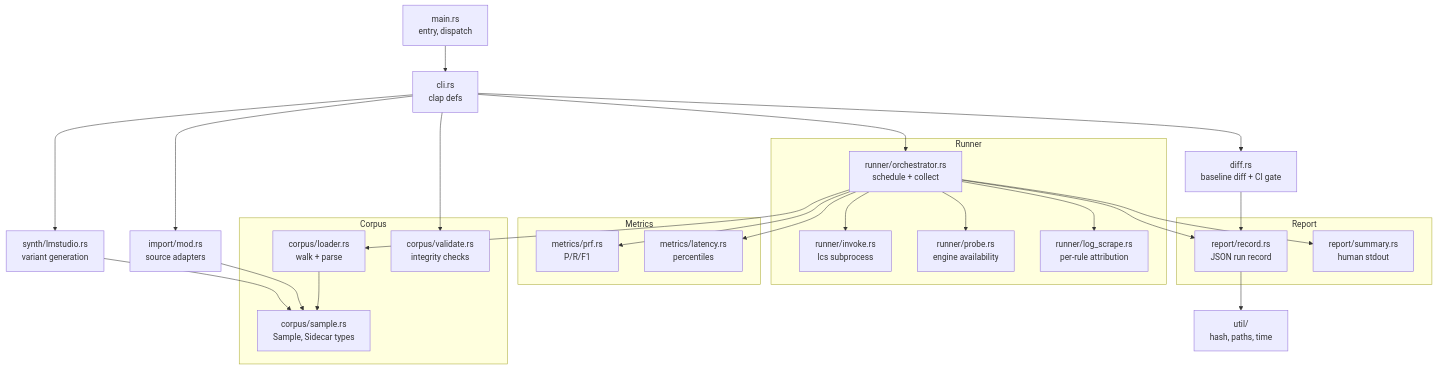
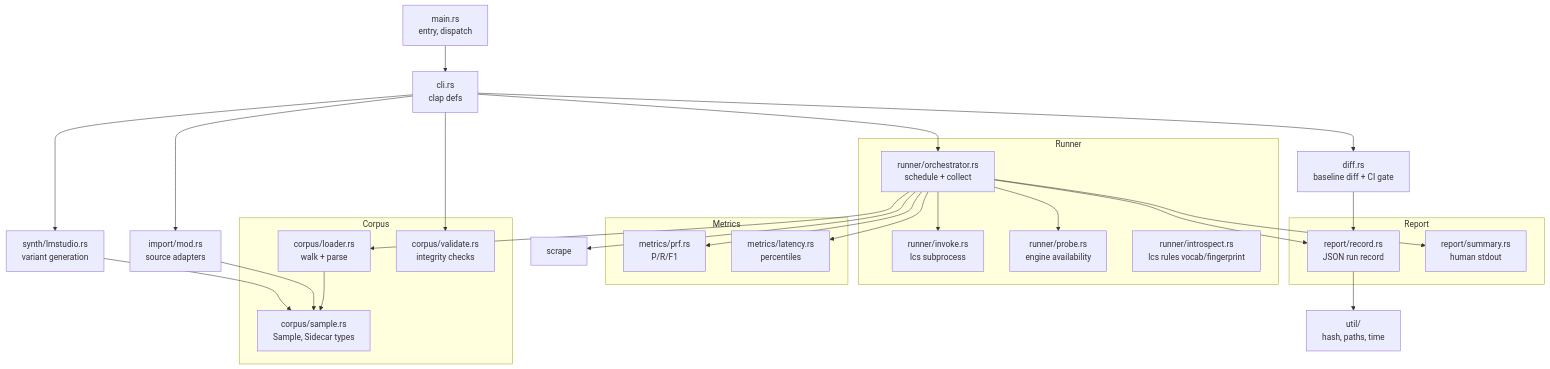
Before and after one commit to gatewaynode/shield-harness: the second of 8 diagrams in ARCHITECTURE.md, drawn with Mermaid. The commit also changed other lines of this file and 12 other files, not shown here.

Commit message:
feat(validate): wire lcs 0.5.2 rules-introspection into category check; drop obsoleted Phase 7 (1b.5)

````diff
--- a/ARCHITECTURE.md
+++ b/ARCHITECTURE.md
@@ -47,55 +47,55 @@
 ```mermaid
 flowchart TB
     main[main.rs<br/>entry, dispatch]
     cli[cli.rs<br/>clap defs]
 
     subgraph Corpus
         sample[corpus/sample.rs<br/>Sample, Sidecar types]
         loader[corpus/loader.rs<br/>walk + parse]
         validate[corpus/validate.rs<br/>integrity checks]
     end
 
     subgraph Runner
         orch[runner/orchestrator.rs<br/>schedule + collect]
         invoke[runner/invoke.rs<br/>lcs subprocess]
         probe[runner/probe.rs<br/>engine availability]
-        scrape[runner/log_scrape.rs<br/>per-rule attribution]
+        introspect[runner/introspect.rs<br/>lcs rules vocab/fingerprint]
     end
 
     subgraph Metrics
         prf[metrics/prf.rs<br/>P/R/F1]
         lat[metrics/latency.rs<br/>percentiles]
     end
 
     subgraph Report
         record[report/record.rs<br/>JSON run record]
         summary[report/summary.rs<br/>human stdout]
     end
 
     diff[diff.rs<br/>baseline diff + CI gate]
     synth[synth/lmstudio.rs<br/>variant generation]
     importer[import/mod.rs<br/>source adapters]
     util[util/<br/>hash, paths, time]
 
     main --> cli
     cli --> orch
     cli --> validate
     cli --> diff
     cli --> synth
     cli --> importer
 
     orch --> loader
     orch --> probe
     orch --> invoke
     orch --> scrape
     orch --> prf
     orch --> lat
     orch --> record
     orch --> summary
 
     diff --> record
     synth --> sample
     importer --> sample
     loader --> sample
     record --> util
 ```
````
